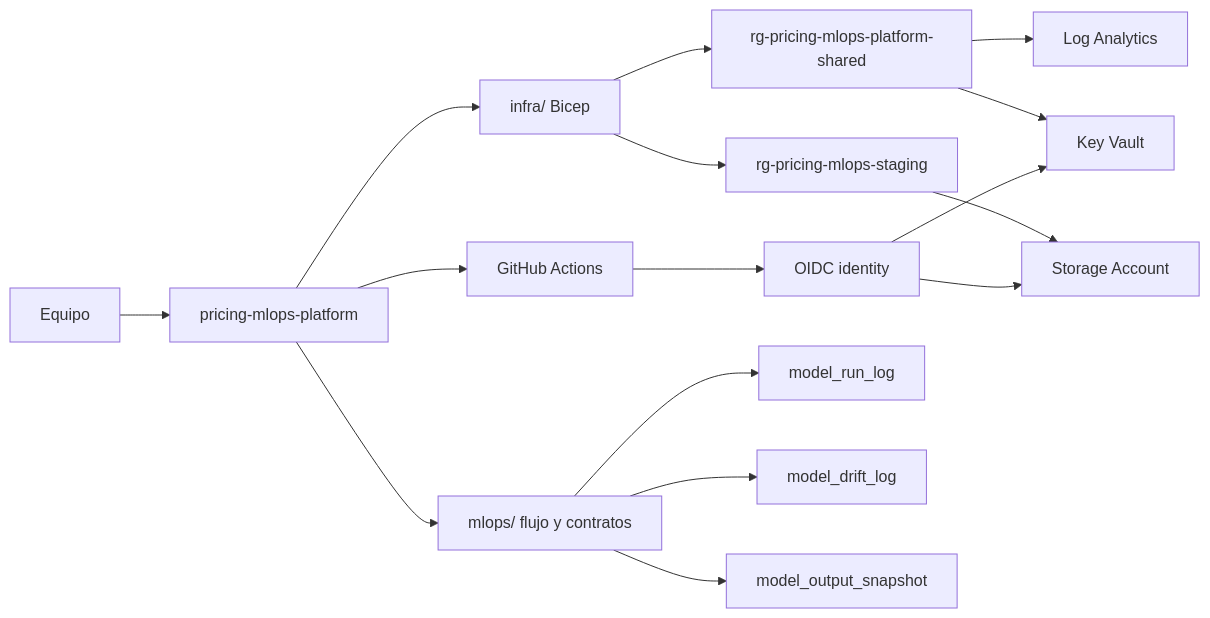
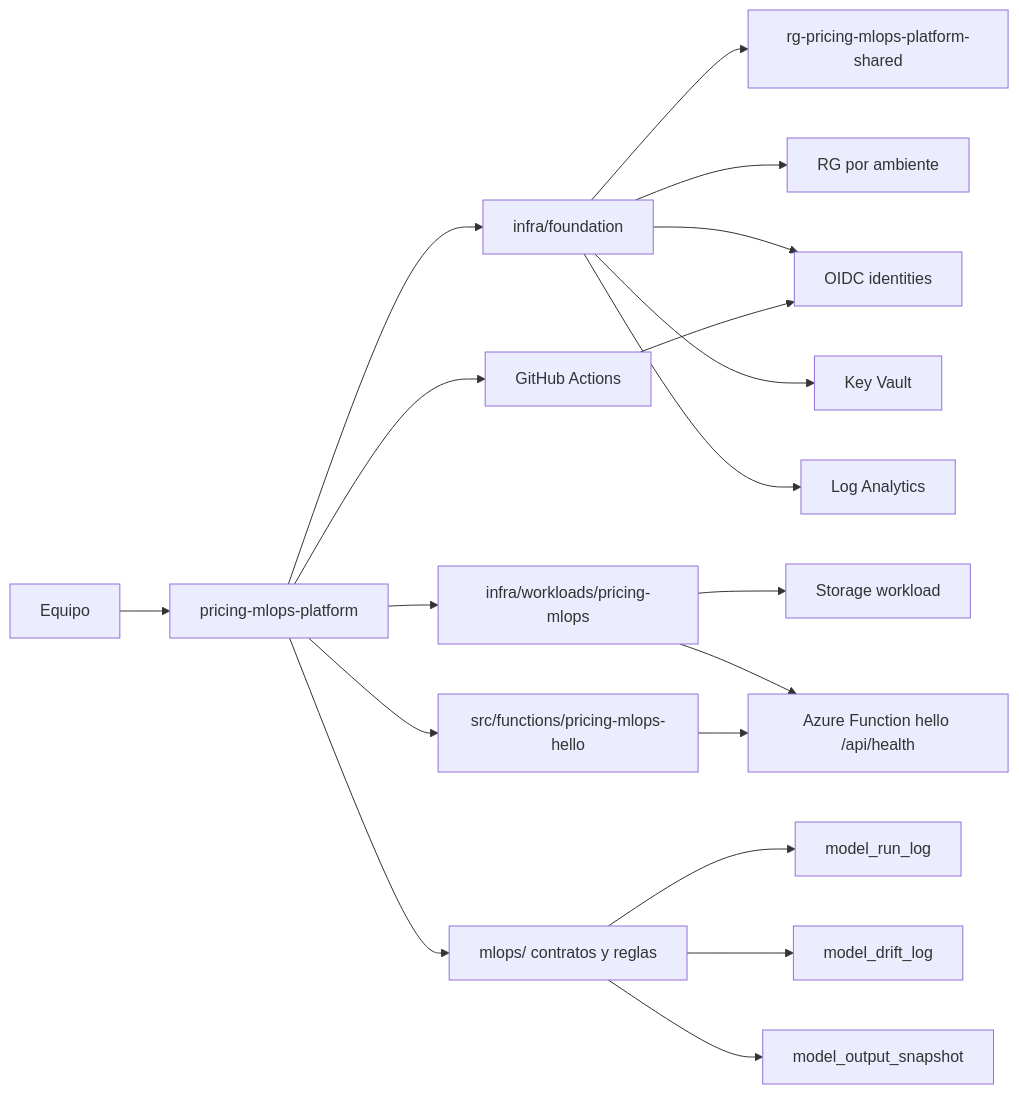
One commit to tecmx-team46-pricing/pricing-mlops-platform changed the diagram in README.md. Above: the diagram before and after it, drawn with Mermaid. The commit also changed other lines of this file and 27 other files, not shown here.

Commit message:
Refactor infrastructure into foundation and workload

````diff
--- a/README.md
+++ b/README.md
@@ -25,23 +25,25 @@
 ```mermaid
 flowchart LR
   Dev["Equipo"] --> Repo["pricing-mlops-platform"]
 
-  Repo --> Infra["infra/ Bicep"]
-  Repo --> MLOps["mlops/ flujo y contratos"]
+  Repo --> Foundation["infra/foundation"]
+  Repo --> Workload["infra/workloads/pricing-mlops"]
+  Repo --> MLOps["mlops/ contratos y reglas"]
   Repo --> Actions["GitHub Actions"]
+  Repo --> FuncSrc["src/functions/pricing-mlops-hello"]
 
-  Actions --> OIDC["OIDC identity"]
-  OIDC --> KV["Key Vault"]
-  OIDC --> ST["Storage Account"]
+  Foundation --> SharedRG["rg-pricing-mlops-platform-shared"]
+  Foundation --> WorkloadRG["RG por ambiente"]
+  Foundation --> OIDC["OIDC identities"]
+  Foundation --> KV["Key Vault"]
+  Foundation --> Logs["Log Analytics"]
 
-  Infra --> SharedRG["rg-pricing-mlops-platform-shared"]
-  Infra --> StgRG["rg-pricing-mlops-staging"]
+  Workload --> Storage["Storage workload"]
+  Workload --> Func["Azure Function hello /api/health"]
 
-  SharedRG --> KV
-  SharedRG --> Logs["Log Analytics"]
-  StgRG --> ST
-
+  Actions --> OIDC
+  FuncSrc --> Func
   MLOps --> RunLog["model_run_log"]
   MLOps --> DriftLog["model_drift_log"]
   MLOps --> Snapshot["model_output_snapshot"]
 ```
````
